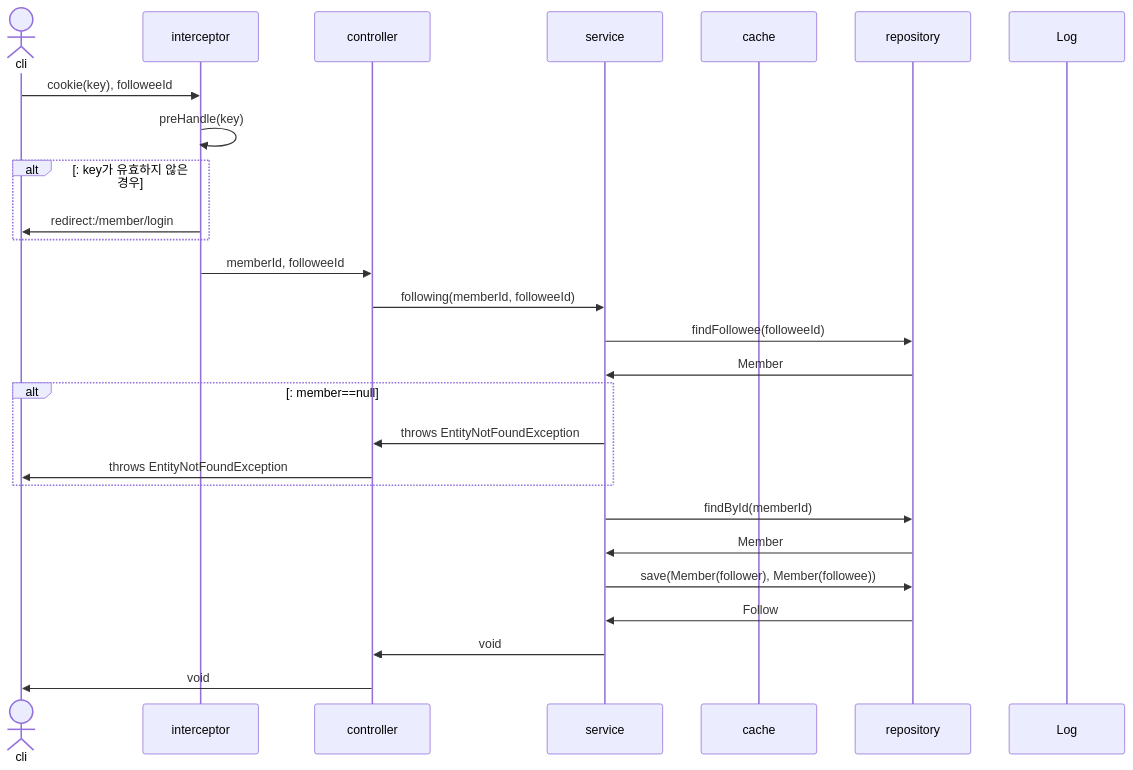
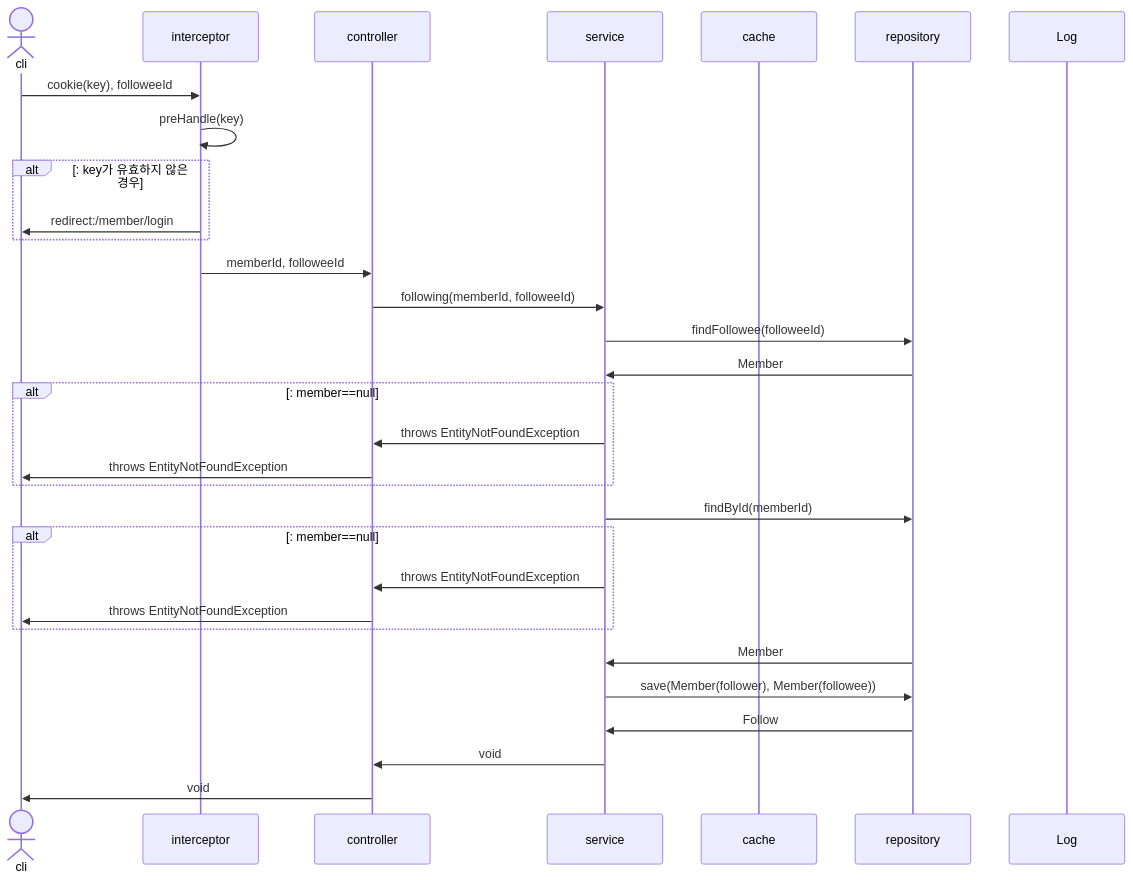
The first of 34 diagrams in sequence.md (mtak0235/snsX), drawn with Mermaid before and after one commit. The commit also changed 12 other files, not shown here.

````diff
--- a/sequence.md
+++ b/sequence.md
@@ -2,30 +2,34 @@
 ```mermaid
 sequenceDiagram
 actor cli
 participant i as interceptor
 participant c as controller
 participant s as service
 participant ca as cache
 participant r as repository
 participant l as Log
 
 cli->>i: cookie(key), followeeId
 i->>i: preHandle(key)
 alt: key가 유효하지 않은 경우
 i->>cli: redirect:/member/login
 end
 i->>c: memberId, followeeId
 c->>s: following(memberId, followeeId)
 s->>r: findFollowee(followeeId)
 r->>s: Member
 alt: member==null
 s->>c: throws EntityNotFoundException
 c->>cli: throws EntityNotFoundException
 end
 s->>r: findById(memberId)
+alt: member==null
+s->>c: throws EntityNotFoundException
+c->>cli: throws EntityNotFoundException
+end
 r->>s: Member
 s->>r: save(Member(follower), Member(followee))
 r->>s: Follow
 s->>c:void
 c->>cli: void
 ```
````
